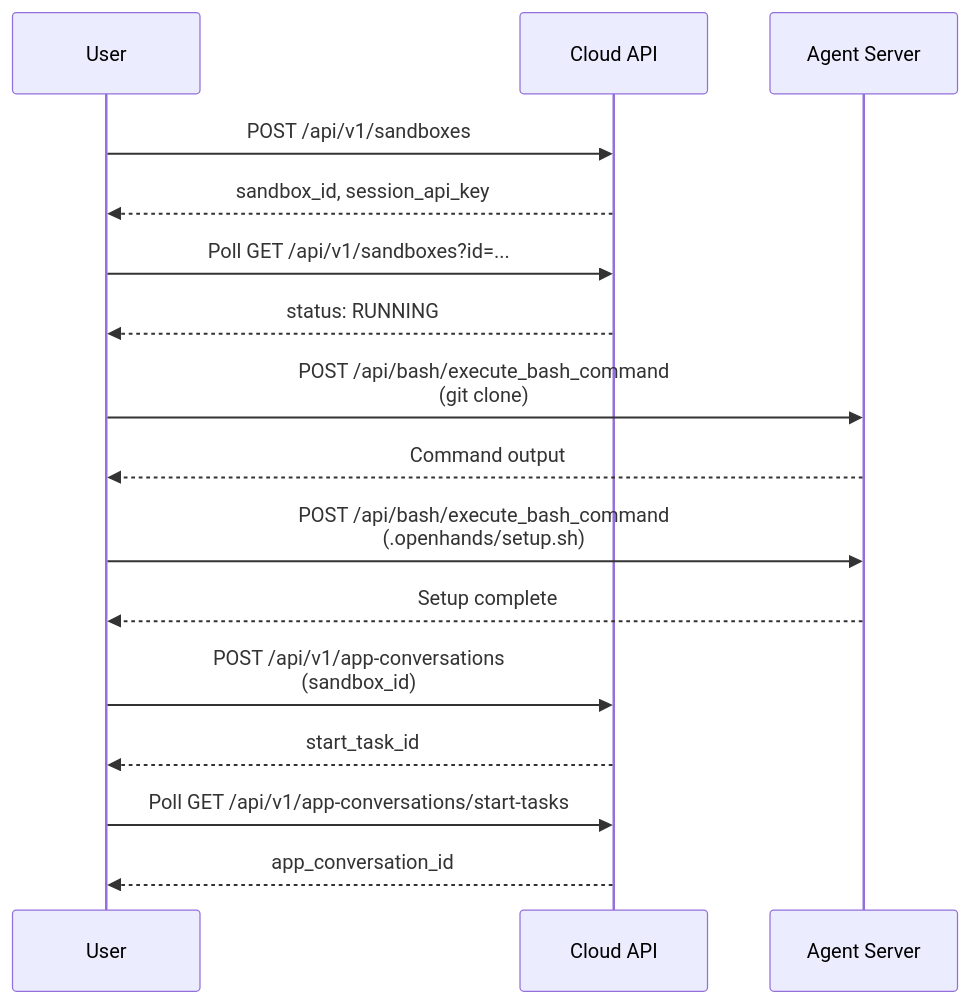
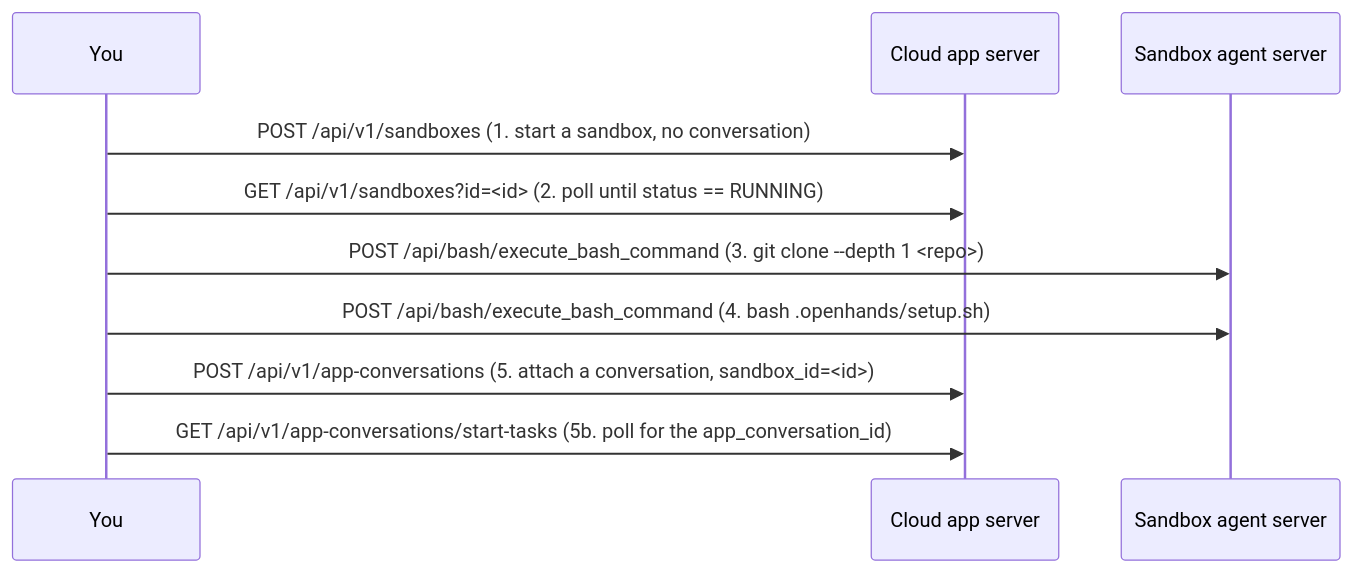
One commit to OpenHands/enterprise-cookbook changed the diagram in clone-and-attach/README.md. Above: the diagram before and after it, drawn with Mermaid. The commit also changed other lines of this file and 1 other file, not shown here.

First line of the commit message:
archive-sandbox, clone-and-attach: restore original prose

````diff
--- a/clone-and-attach/README.md
+++ b/clone-and-attach/README.md
@@ -9,18 +13,12 @@
 ```mermaid
 sequenceDiagram
-    participant User
-    participant Cloud as Cloud API
-    participant Sandbox as Agent Server
-    User->>Cloud: POST /api/v1/sandboxes
-    Cloud-->>User: sandbox_id, session_api_key
-    User->>Cloud: Poll GET /api/v1/sandboxes?id=...
-    Cloud-->>User: status: RUNNING
-    User->>Sandbox: POST /api/bash/execute_bash_command<br/>(git clone)
-    Sandbox-->>User: Command output
-    User->>Sandbox: POST /api/bash/execute_bash_command<br/>(.openhands/setup.sh)
-    Sandbox-->>User: Setup complete
-    User->>Cloud: POST /api/v1/app-conversations<br/>(sandbox_id)
-    Cloud-->>User: start_task_id
-    User->>Cloud: Poll GET /api/v1/app-conversations/start-tasks
-    Cloud-->>User: app_conversation_id
+    participant You
+    participant Cloud as Cloud app server
+    participant Agent as Sandbox agent server
+    You->>Cloud: POST /api/v1/sandboxes (1. start a sandbox, no conversation)
+    You->>Cloud: GET /api/v1/sandboxes?id=#lt;id#gt; (2. poll until status == RUNNING)
+    You->>Agent: POST /api/bash/execute_bash_command (3. git clone --depth 1 #lt;repo#gt;)
+    You->>Agent: POST /api/bash/execute_bash_command (4. bash .openhands/setup.sh)
+    You->>Cloud: POST /api/v1/app-conversations (5. attach a conversation, sandbox_id=#lt;id#gt;)
+    You->>Cloud: GET /api/v1/app-conversations/start-tasks (5b. poll for the app_conversation_id)
 ```
````
